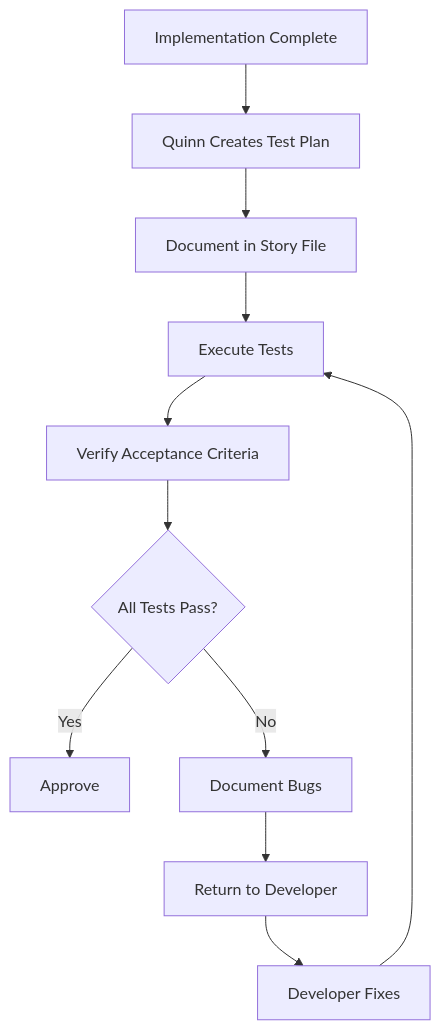
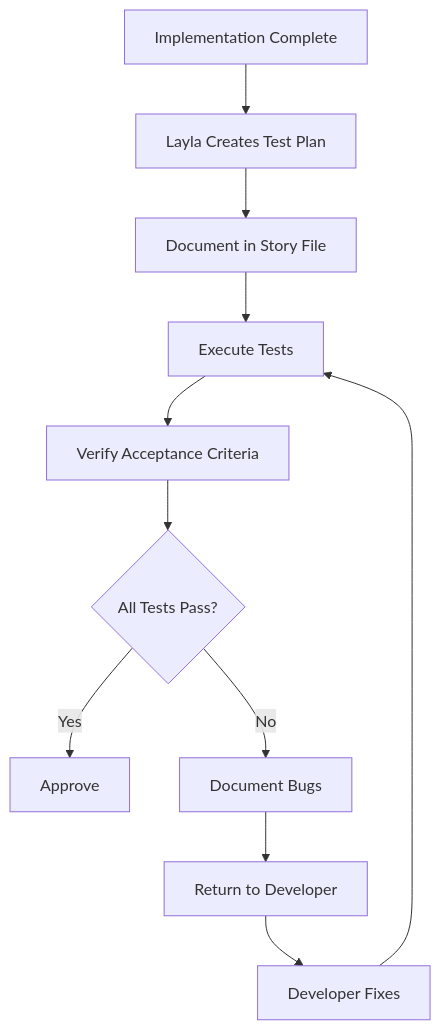
The diagram in new_team/commands/manual-tester.md (dosht/claude-team), drawn with Mermaid before and after one commit. The commit also changed other lines of this file and 6 other files, not shown here.

````diff
--- a/new_team/commands/manual-tester.md
+++ b/new_team/commands/manual-tester.md
@@ -228,13 +228,13 @@
 ```mermaid
 graph TB
-  A[Implementation Complete] --> B[Quinn Creates Test Plan]
+  A[Implementation Complete] --> B[Layla Creates Test Plan]
   B --> C[Document in Story File]
   C --> D[Execute Tests]
   D --> E[Verify Acceptance Criteria]
   E --> F{All Tests Pass?}
   F -->|Yes| G[Approve]
   F -->|No| H[Document Bugs]
   H --> I[Return to Developer]
   I --> J[Developer Fixes]
   J --> D
 ```
````
